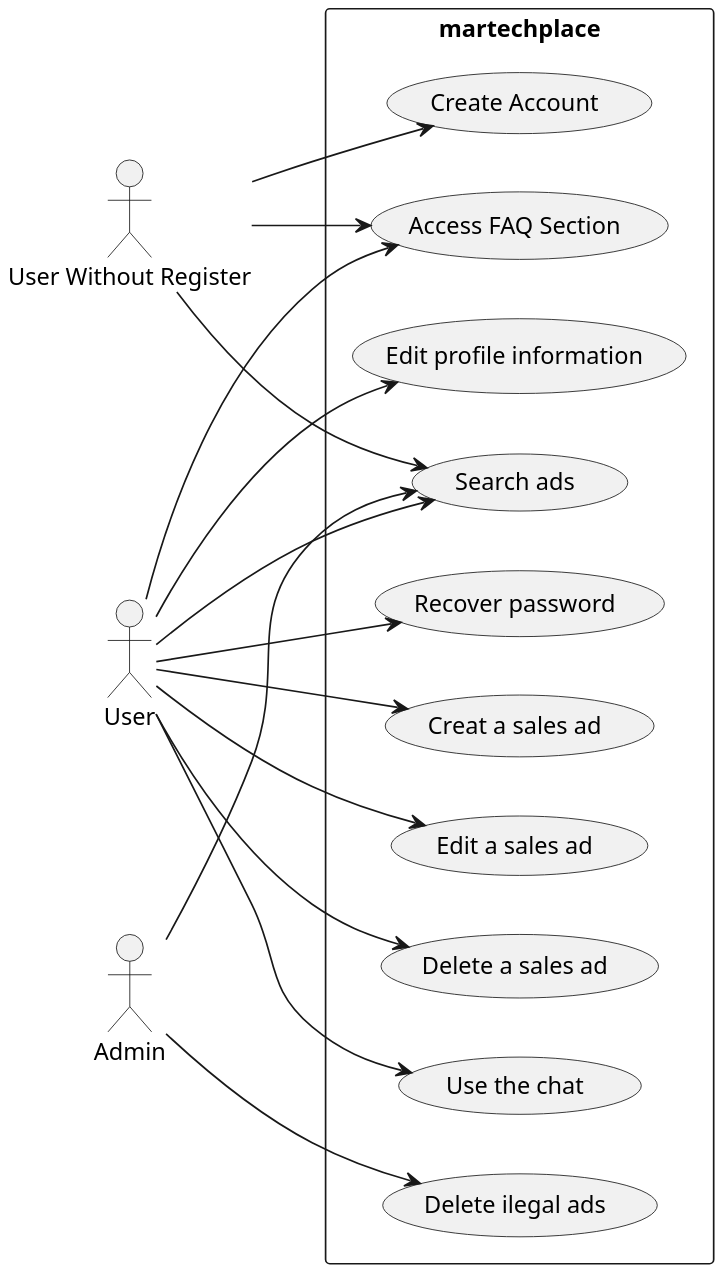
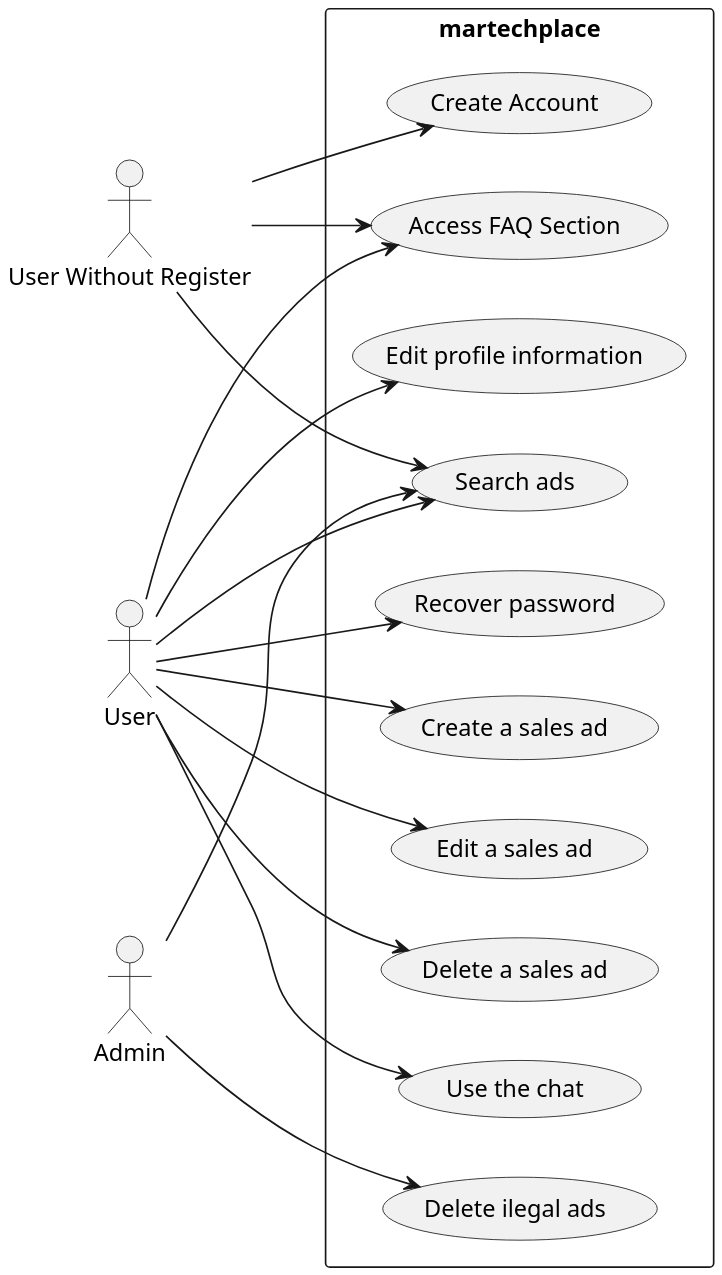
Before and after one commit to FEUP-LEIC-ES-2023-24/2LEIC13T1: the diagram in Docs/usecases.plantuml, drawn with PlantUML. The commit also changed 1 other file, not shown here.

Commit message:
Add userStories

```diff
--- a/Docs/usecases.plantuml
+++ b/Docs/usecases.plantuml
@@ -1,25 +1,25 @@
 @startuml martechplace
 
 scale 2
 left to right direction
 skinparam packageStyle rect
 actor "User Without Register" as unreg
 actor "User" as user
 actor "Admin" as admin
 rectangle martechplace{
    unreg --> (Create Account)
    unreg --> (Search ads)
    unreg --> (Access FAQ Section)
    user --> (Recover password)
    user --> (Search ads)
    user --> (Access FAQ Section)
-   user --> (Creat a sales ad)
+   user --> (Create a sales ad)
    user --> (Edit a sales ad)
    user --> (Delete a sales ad)
    user --> (Use the chat)
    user --> (Edit profile information)
    admin --> (Search ads)
    admin --> (Delete ilegal ads)
 }
 
 @enduml
```
